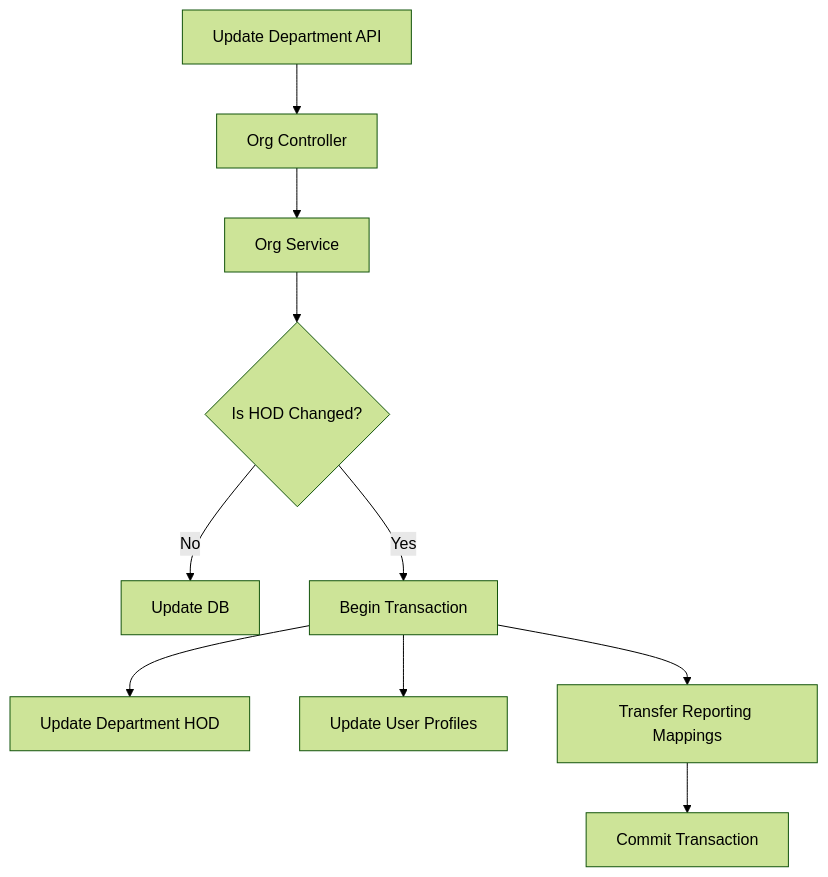
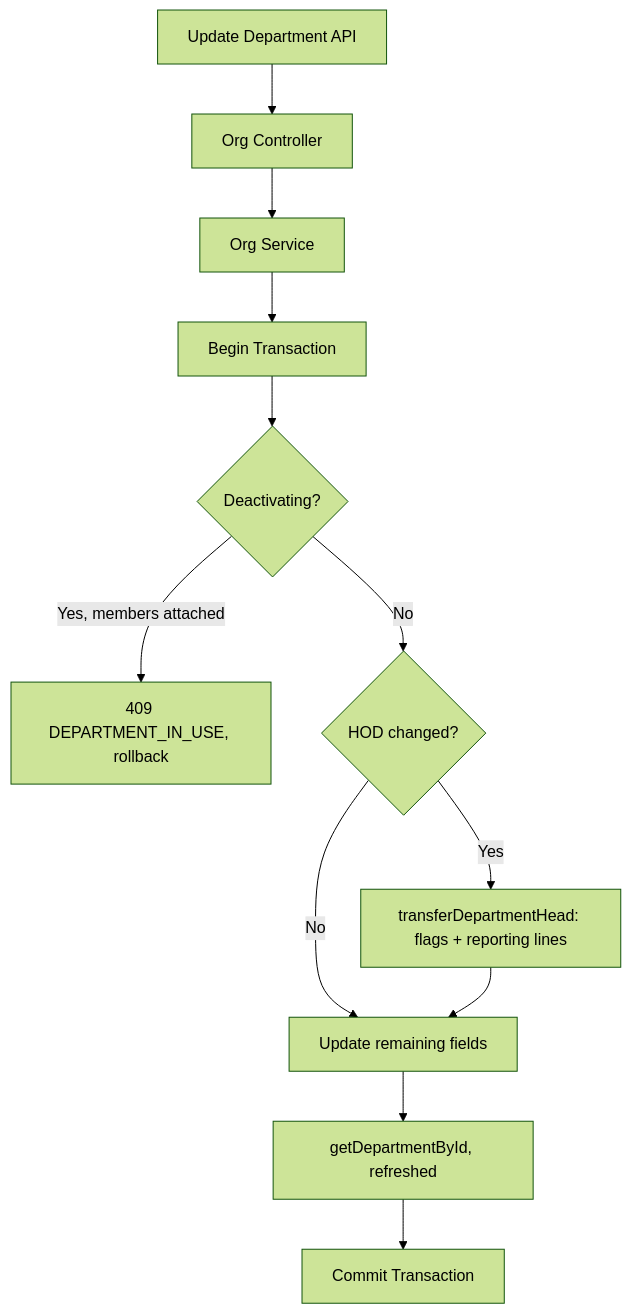
One commit to ayushkhale/HR-Clouds-Web changed the diagram in public/ref docs/md_organization/3_org_structure_api.md. Above: the diagram before and after it, drawn with Mermaid (forest theme). The commit also changed other lines of this file and 23 other files, not shown here.

````diff
--- a/public/ref docs/md_organization/3_org_structure_api.md
+++ b/public/ref docs/md_organization/3_org_structure_api.md
@@ -375,12 +394,14 @@
 ```mermaid
 graph TD
     A[Update Department API] --> B[Org Controller]
     B --> C[Org Service]
-    C --> D{Is HOD Changed?}
-    D -- No --> E[Update DB]
-    D -- Yes --> F[Begin Transaction]
-    F --> G[Update Department HOD]
-    F --> H[Update User Profiles]
-    F --> I[Transfer Reporting Mappings]
-    I --> J[Commit Transaction]
+    C --> F[Begin Transaction]
+    F --> G{Deactivating?}
+    G -- Yes, members attached --> X[409 DEPARTMENT_IN_USE, rollback]
+    G -- No --> H{HOD changed?}
+    H -- Yes --> I[transferDepartmentHead: flags + reporting lines]
+    H -- No --> J[Update remaining fields]
+    I --> J
+    J --> K[getDepartmentById, refreshed]
+    K --> L[Commit Transaction]
 ```
````
